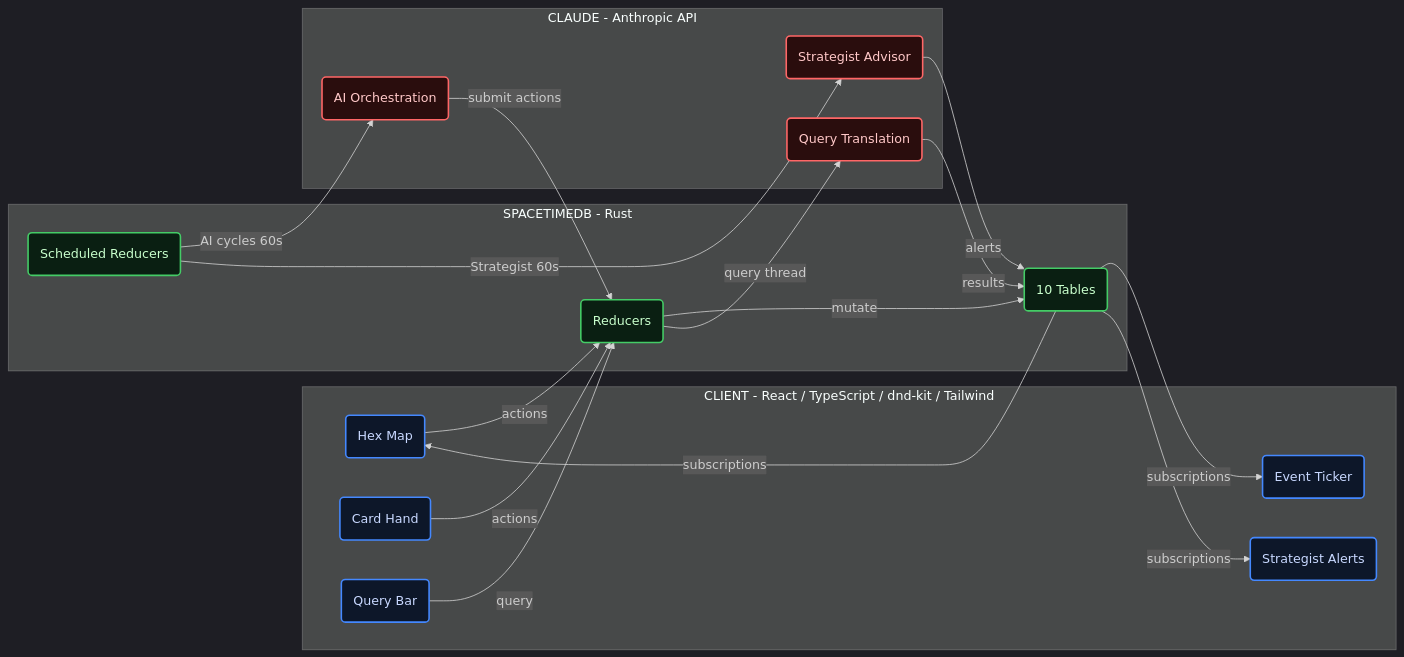
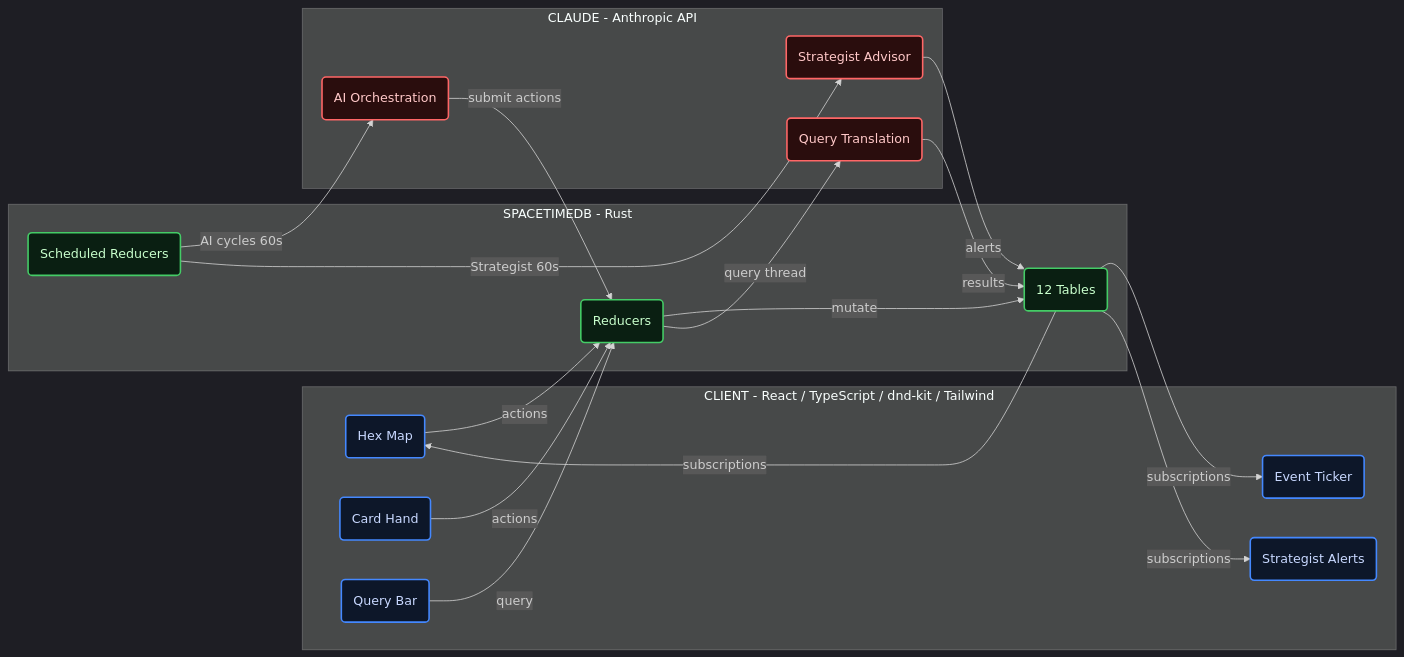
One commit to rlin25/RiskDominion changed the diagram in README.md. Above: the diagram before and after it, drawn with Mermaid. The commit also changed other lines of this file and 10 other files, not shown here.

````diff
--- a/README.md
+++ b/README.md
@@ -9,41 +9,41 @@
 ```mermaid
 %%{init: {"theme": "dark"}}%%
 flowchart LR
     classDef client fill:#0d1729,stroke:#4488FF,stroke-width:2px,color:#c8d8ff
     classDef server fill:#0a1f12,stroke:#44CC66,stroke-width:2px,color:#c8ffcc
     classDef ai fill:#2a0d0d,stroke:#FF6666,stroke-width:2px,color:#ffc8c8
 
     subgraph C["CLIENT - React / TypeScript / dnd-kit / Tailwind"]
         MAP("Hex Map"):::client
         HAND("Card Hand"):::client
         QB("Query Bar"):::client
         TICKER("Event Ticker"):::client
         ALERTS("Strategist Alerts"):::client
     end
 
     subgraph S["SPACETIMEDB - Rust"]
         RED("Reducers"):::server
-        TAB("10 Tables"):::server
+        TAB("12 Tables"):::server
         SCH("Scheduled Reducers"):::server
     end
 
     subgraph A["CLAUDE - Anthropic API"]
         ORCH("AI Orchestration"):::ai
         NLQ("Query Translation"):::ai
         STRAT("Strategist Advisor"):::ai
     end
 
     MAP -->|"actions"| RED
     HAND -->|"actions"| RED
     QB -->|"query"| RED
     RED -->|"mutate"| TAB
     TAB -->|"subscriptions"| MAP
     TAB -->|"subscriptions"| TICKER
     TAB -->|"subscriptions"| ALERTS
     SCH -->|"AI cycles 60s"| ORCH
     SCH -->|"Strategist 60s"| STRAT
     RED -->|"query thread"| NLQ
     ORCH -->|"submit actions"| RED
     NLQ -->|"results"| TAB
     STRAT -->|"alerts"| TAB
 ```
````
